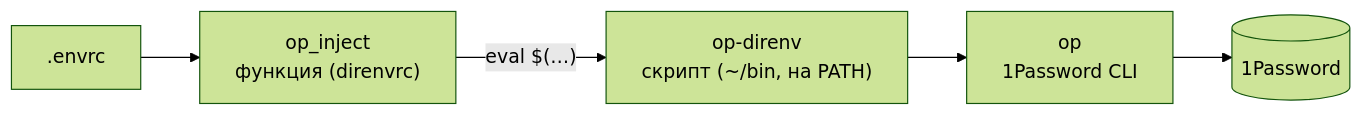
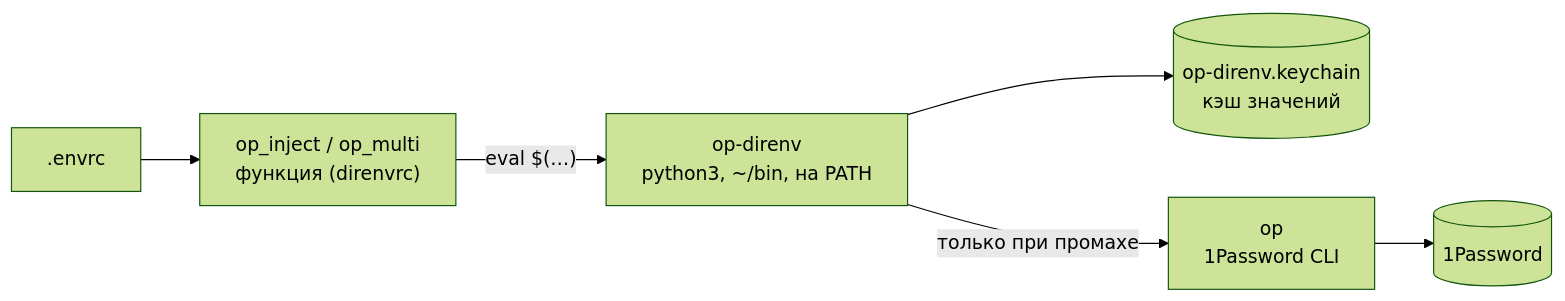
One commit to justswan/op-direnv changed the second of 3 diagrams in README.md. Above: the diagram before and after it, drawn with Mermaid (forest theme). The commit also changed other lines of this file and 1 other file, not shown here.

First line of the commit message:
op-direnv: update diagrams for the cache, add BACKLOG

````diff
--- a/README.md
+++ b/README.md
@@ -77,7 +77,8 @@
 ```mermaid
 flowchart LR
-    envrc[".envrc"] --> fn["op_inject<br/>функция (direnvrc)"]
-    fn -->|"eval $(…)"| script["op-direnv<br/>скрипт (~/bin, на PATH)"]
-    script --> opcli["op<br/>1Password CLI"]
+    envrc[".envrc"] --> fn["op_inject / op_multi<br/>функция (direnvrc)"]
+    fn -->|"eval $(…)"| script["op-direnv<br/>python3, ~/bin, на PATH"]
+    script --> kc[("op-direnv.keychain<br/>кэш значений")]
+    script -->|"только при промахе"| opcli["op<br/>1Password CLI"]
     opcli --> opw[("1Password")]
 ```
````
